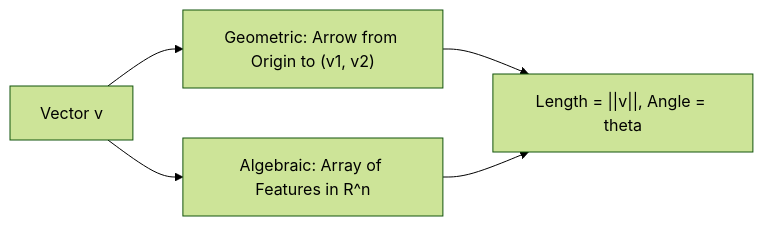
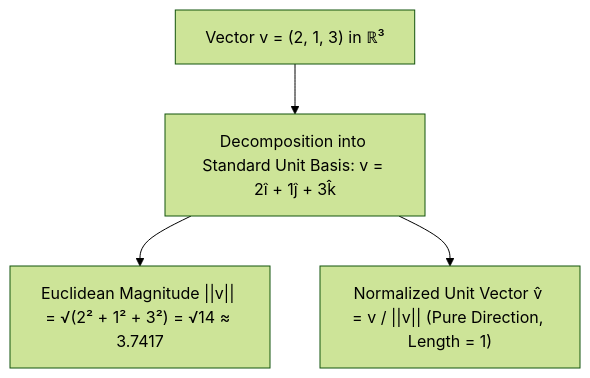
The diagram in lecture_21/Notes_21.07/README.md (S1h2i3v4a/AI_ML), drawn with Mermaid (forest theme) before and after one commit. The commit also changed other lines of this file and 203 other files, not shown here.

Commit message:
docs(lectures 19-21): align notes with video lectures, add blackboard diagrams, clean structured functions, and compile vector PDFs

````diff
--- a/lecture_21/Notes_21.07/README.md
+++ b/lecture_21/Notes_21.07/README.md
@@ -17,7 +10,6 @@
 ```mermaid
-flowchart LR
-    A["Vector v"] --> B["Geometric: Arrow from Origin to (v1, v2)"]
-    A --> C["Algebraic: Array of Features in R^n"]
-    B --> D["Length = ||v||, Angle = theta"]
-    C --> D
+flowchart TD
+    Vec["Vector v = (2, 1, 3) in ℝ³"] --> Basis["Decomposition into Standard Unit Basis: v = 2î + 1ĵ + 3k̂"]
+    Basis --> Mag["Euclidean Magnitude ||v|| = √(2² + 1² + 3²) = √14 ≈ 3.7417"]
+    Basis --> Dir["Normalized Unit Vector v̂ = v / ||v|| (Pure Direction, Length = 1)"]
 ```
````
